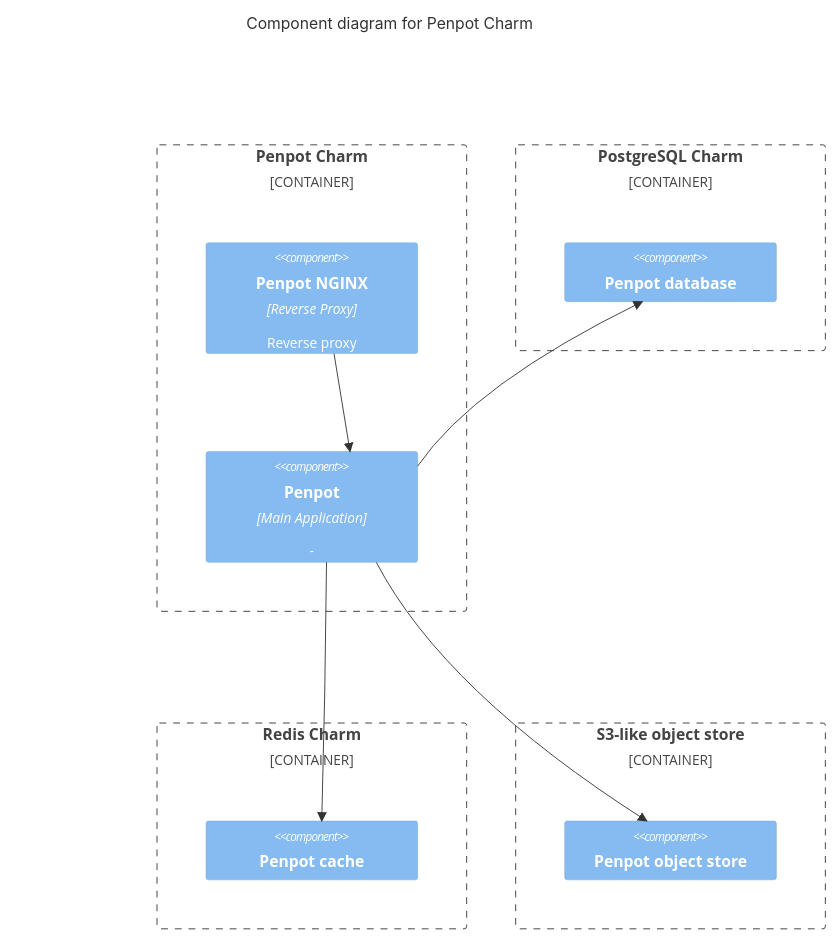
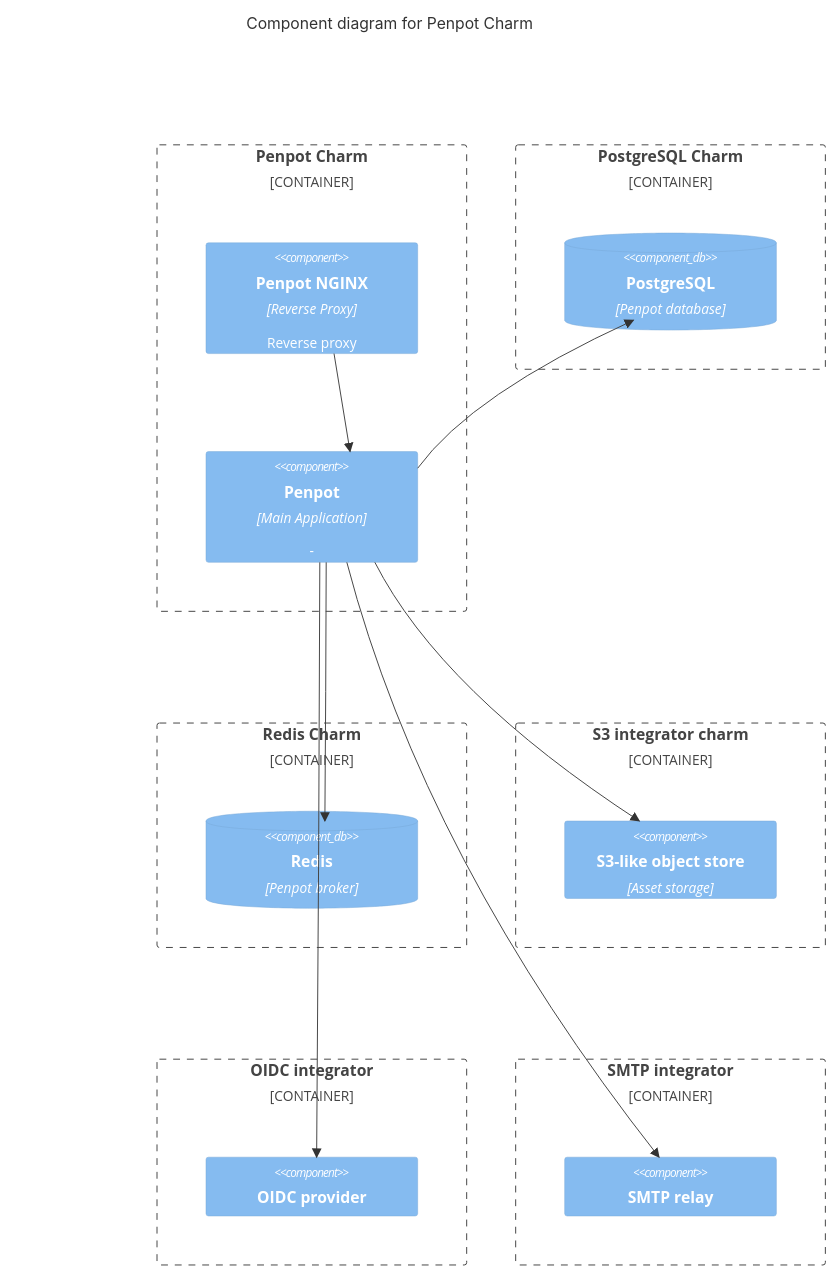
The diagram in docs/explanation/charm-architecture.md (canonical/penpot-operator), drawn with Mermaid before and after one commit. The commit also changed other lines of this file, not shown here.

Commit message:
Add more details on the architecutre

````diff
--- a/docs/explanation/charm-architecture.md
+++ b/docs/explanation/charm-architecture.md
@@ -10,30 +14,41 @@
 ```mermaid
 C4Context
 title Component diagram for Penpot Charm
 
 Container_Boundary(penpot, "Penpot Charm") {
   
   Component(penpot-nginx, "Penpot NGINX", "Reverse Proxy", "Reverse proxy")
   Component(penpot, "Penpot", "Main Application", "-")
   
   Rel(penpot-nginx, penpot, "")
   
 }
 
 Container_Boundary(postgresql, "PostgreSQL Charm") {
-    Component(penpot-database, "Penpot database", "","")
+    ComponentDb(penpot-database, "PostgreSQL", "Penpot database", "")
 }
 
 Container_Boundary(redis, "Redis Charm") {
-    Component(penpot-kv, "Penpot cache", "","")
+    ComponentDb(penpot-broker, "Redis", "Penpot broker","")
 }
 
-Container_Boundary(s3, "S3-like object store") {
-    Component(s3-integrator, "Penpot object store", "","")
+Container_Boundary(s3, "S3 integrator charm") {
+    Component(s3-integrator, "S3-like object store", "Asset storage")
+}
+
+Container_Boundary(oidc, "OIDC integrator") {
+    Component(oidc, "OIDC provider", "","")
+}
+
+
+Container_Boundary(smtp, "SMTP integrator") {
+    Component(smtp, "SMTP relay", "","")
 }
 
 Rel(penpot, penpot-database, "")
-Rel(penpot, penpot-kv, "")
+Rel(penpot, penpot-broker, "")
 Rel(penpot, s3-integrator, "")
+Rel_D(penpot, oidc, "")
+Rel_D(penpot, smtp, "")
 
 ```
````
